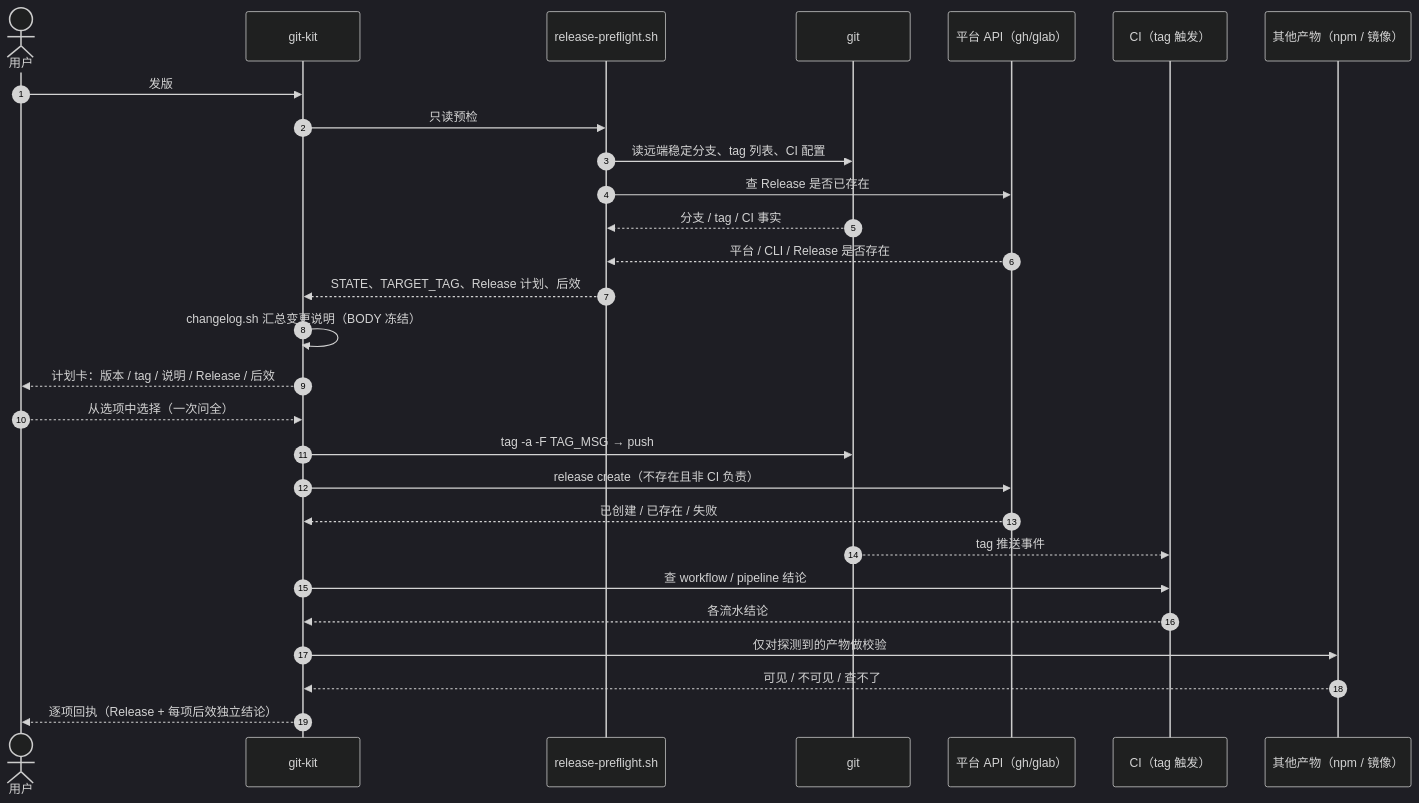
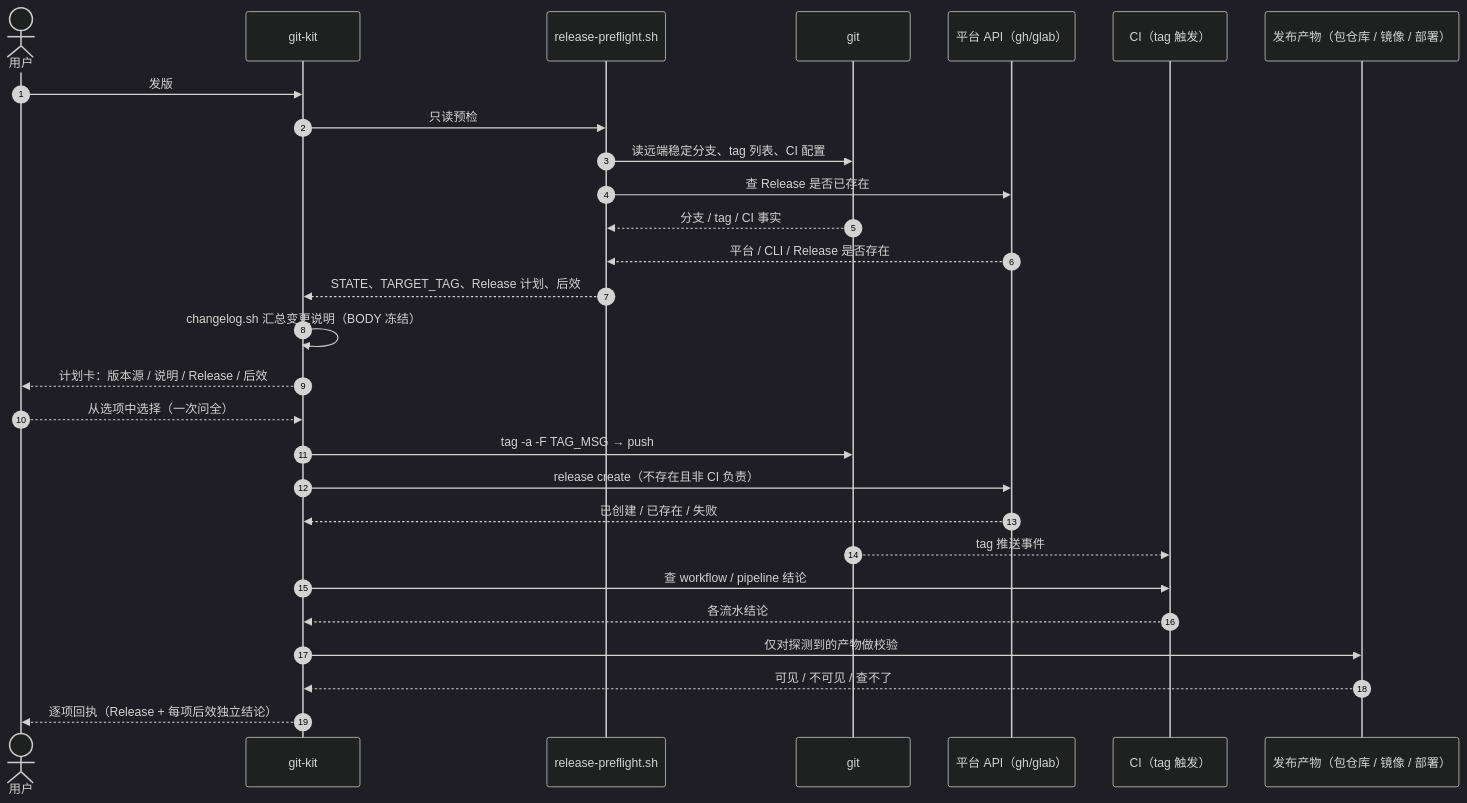
The seventh of 7 diagrams in docs/git-kit.md (morehao/agent-skills), drawn with Mermaid (dark theme) before and after one commit. The commit also changed other lines of this file and 12 other files, not shown here.

````diff
--- a/docs/git-kit.md
+++ b/docs/git-kit.md
@@ -300,31 +300,31 @@
 ```mermaid
 sequenceDiagram
     autonumber
     actor U as 用户
     participant A as git-kit
     participant PF as release-preflight.sh
     participant G as git
     participant H as 平台 API（gh/glab）
     participant CI as CI（tag 触发）
-    participant E as 其他产物（npm / 镜像）
+    participant E as 发布产物（包仓库 / 镜像 / 部署）
 
     U->>A: 发版
     A->>PF: 只读预检
     PF->>G: 读远端稳定分支、tag 列表、CI 配置
     PF->>H: 查 Release 是否已存在
     G-->>PF: 分支 / tag / CI 事实
     H-->>PF: 平台 / CLI / Release 是否存在
     PF-->>A: STATE、TARGET_TAG、Release 计划、后效
     A->>A: changelog.sh 汇总变更说明（BODY 冻结）
-    A-->>U: 计划卡：版本 / tag / 说明 / Release / 后效
+    A-->>U: 计划卡：版本源 / 说明 / Release / 后效
     U-->>A: 从选项中选择（一次问全）
     A->>G: tag -a -F TAG_MSG → push
     A->>H: release create（不存在且非 CI 负责）
     H-->>A: 已创建 / 已存在 / 失败
     G-->>CI: tag 推送事件
     A->>CI: 查 workflow / pipeline 结论
     CI-->>A: 各流水结论
     A->>E: 仅对探测到的产物做校验
     E-->>A: 可见 / 不可见 / 查不了
     A-->>U: 逐项回执（Release + 每项后效独立结论）
 ```
````
